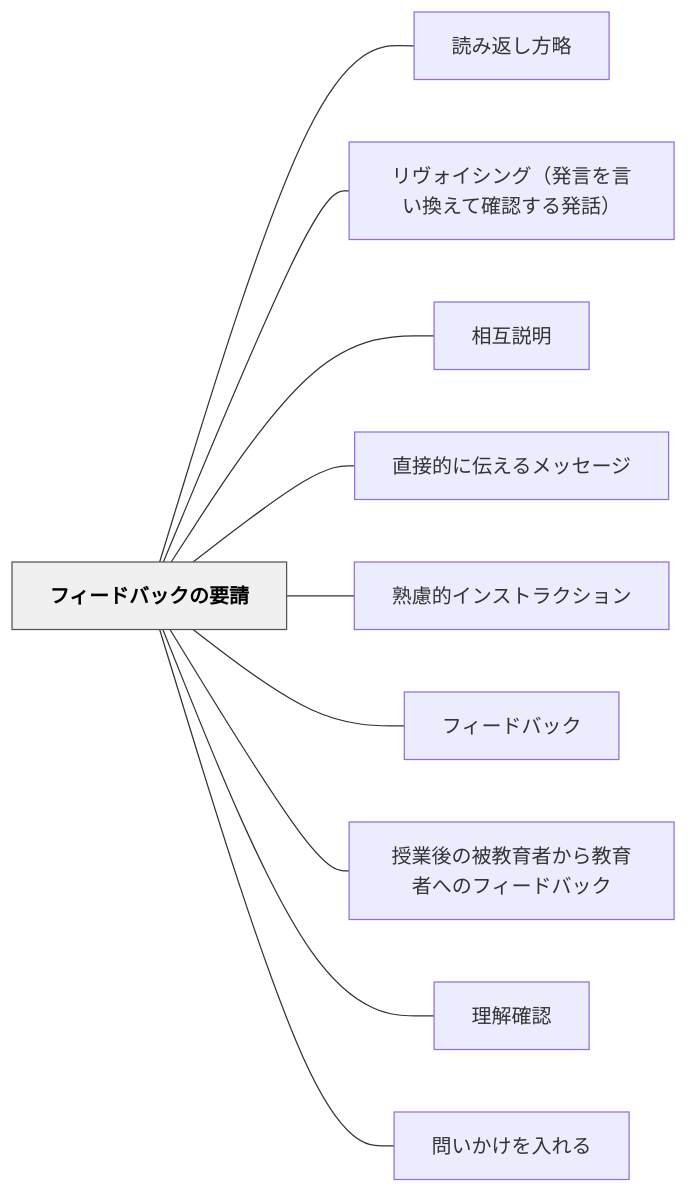
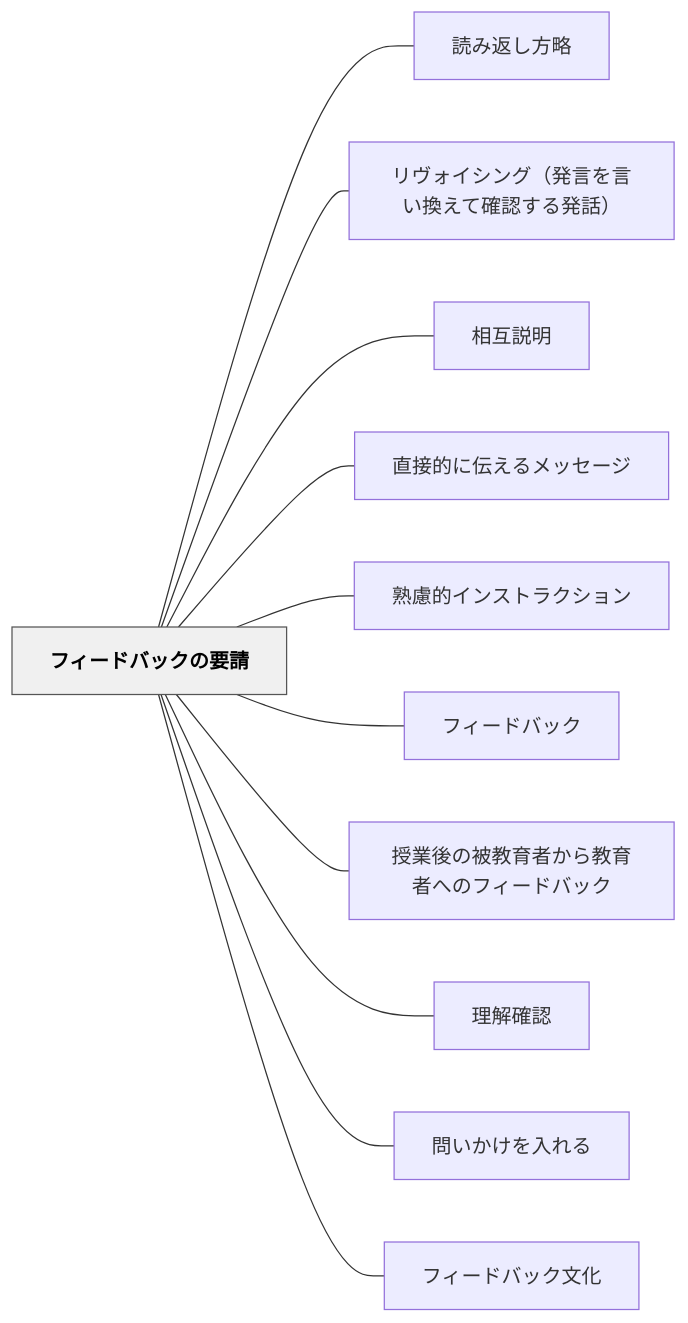
Before and after one commit to unknownthings-ed-patterns/unknownthings-ed-patterns: the diagram in content/パタン/フィードバックの要請.md, drawn with Mermaid. The commit also changed other lines of this file and 1 other file, not shown here.

Commit message:
auto: Obsidianから同期 2026-06-13 19:31

````diff
--- a/content/パタン/フィードバックの要請.md
+++ b/content/パタン/フィードバックの要請.md
@@ -72,26 +72,28 @@
 ```mermaid
 flowchart LR
     ne38395e382a3e383bce38389e38390e38383e382afe381aee8a681e8ab8b["フィードバックの要請"]
     ne8aaade381bfe8bf94e38197e696b9e795a5["読み返し方略"]
     ne383aae383b4e382a9e382a4e382b7e383b3e382b0efbc88e799bae8a880e38292e8a880e38184e68f9be38188e381a6e7a2bae8aa8de38199e3828be799bae8a9b1efbc89["リヴォイシング（発言を言い換えて確認する発話）"]
     ne79bb8e4ba92e8aaace6988e["相互説明"]
     ne79bb4e68ea5e79a84e381abe4bc9de38188e3828be383a1e38383e382bbe383bce382b8["直接的に伝えるメッセージ"]
     ne7869fe685aee79a84e382a4e383b3e382b9e38388e383a9e382afe382b7e383a7e383b3["熟慮的インストラクション"]
     ne38395e382a3e383bce38389e38390e38383e382af["フィードバック"]
     ne68e88e6a5ade5be8ce381aee8a2abe69599e882b2e88085e3818be38289e69599e882b2e88085e381b8e381aee38395e382a3e383bce38389e38390e38383e382af["授業後の被教育者から教育者へのフィードバック"]
     ne79086e8a7a3e7a2bae8aa8d["理解確認"]
     ne5958fe38184e3818be38191e38292e585a5e3828ce3828b["問いかけを入れる"]
+    ne38395e382a3e383bce38389e38390e38383e382afe69687e58c96["フィードバック文化"]
 
     ne38395e382a3e383bce38389e38390e38383e382afe381aee8a681e8ab8b --- ne8aaade381bfe8bf94e38197e696b9e795a5
     ne38395e382a3e383bce38389e38390e38383e382afe381aee8a681e8ab8b --- ne383aae383b4e382a9e382a4e382b7e383b3e382b0efbc88e799bae8a880e38292e8a880e38184e68f9be38188e381a6e7a2bae8aa8de38199e3828be799bae8a9b1efbc89
     ne38395e382a3e383bce38389e38390e38383e382afe381aee8a681e8ab8b --- ne79bb8e4ba92e8aaace6988e
     ne38395e382a3e383bce38389e38390e38383e382afe381aee8a681e8ab8b --- ne79bb4e68ea5e79a84e381abe4bc9de38188e3828be383a1e38383e382bbe383bce382b8
     ne38395e382a3e383bce38389e38390e38383e382afe381aee8a681e8ab8b --- ne7869fe685aee79a84e382a4e383b3e382b9e38388e383a9e382afe382b7e383a7e383b3
     ne38395e382a3e383bce38389e38390e38383e382afe381aee8a681e8ab8b --- ne38395e382a3e383bce38389e38390e38383e382af
     ne38395e382a3e383bce38389e38390e38383e382afe381aee8a681e8ab8b --- ne68e88e6a5ade5be8ce381aee8a2abe69599e882b2e88085e3818be38289e69599e882b2e88085e381b8e381aee38395e382a3e383bce38389e38390e38383e382af
     ne38395e382a3e383bce38389e38390e38383e382afe381aee8a681e8ab8b --- ne79086e8a7a3e7a2bae8aa8d
     ne38395e382a3e383bce38389e38390e38383e382afe381aee8a681e8ab8b --- ne5958fe38184e3818be38191e38292e585a5e3828ce3828b
+    ne38395e382a3e383bce38389e38390e38383e382afe381aee8a681e8ab8b --- ne38395e382a3e383bce38389e38390e38383e382afe69687e58c96
 
     classDef hub fill:#f0f0f0,stroke:#555,color:#000,font-weight:bold
     class ne38395e382a3e383bce38389e38390e38383e382afe381aee8a681e8ab8b hub
 ```
````
